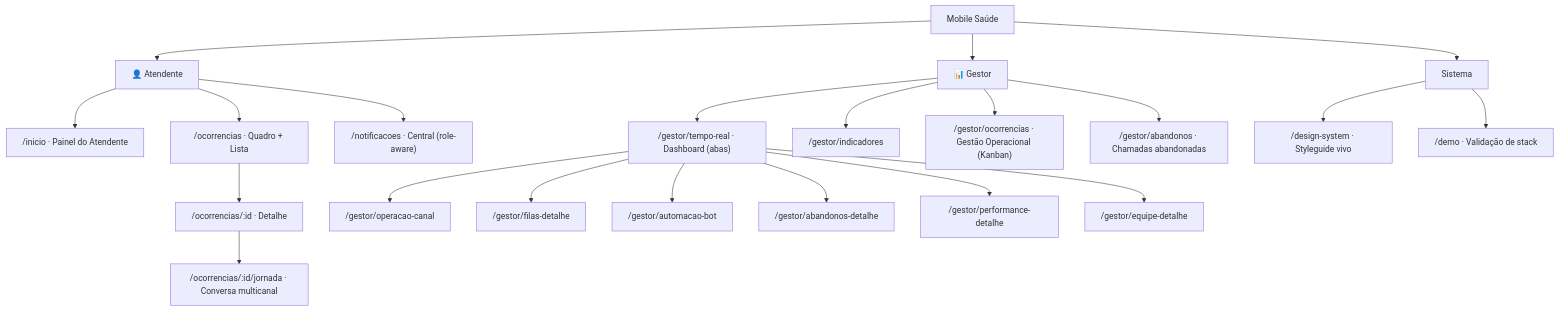
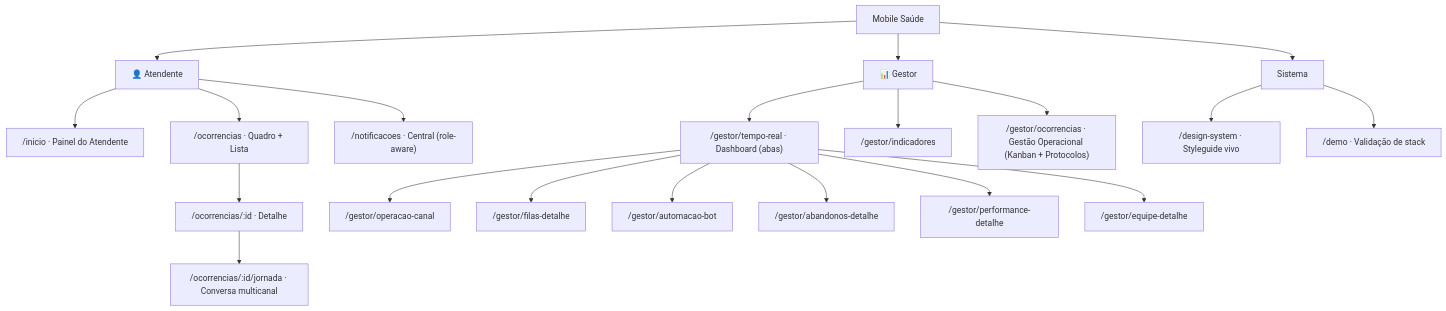
Before and after one commit to angelosdesigner/mobile-saude: the second of 10 diagrams in docs/PRODUTO-MOBILE-SAUDE.md, drawn with Mermaid. The commit also changed 23 other files, not shown here.

First line of the commit message:
feat(gestor): fechar navegação da Gestão Tempo Real (cards clicáveis + filas de abandono)

````diff
--- a/docs/PRODUTO-MOBILE-SAUDE.md
+++ b/docs/PRODUTO-MOBILE-SAUDE.md
@@ -227,26 +227,25 @@
 ```mermaid
 flowchart TD
   Root["Mobile Saúde"] --> ATD["👤 Atendente"]
   Root --> GES["📊 Gestor"]
   Root --> SYS["Sistema"]
 
   ATD --> Inicio["/inicio · Painel do Atendente"]
   ATD --> Ocs["/ocorrencias · Quadro + Lista"]
   Ocs --> Det["/ocorrencias/:id · Detalhe"]
   Det --> Jor["/ocorrencias/:id/jornada · Conversa multicanal"]
   ATD --> Not["/notificacoes · Central (role-aware)"]
 
   GES --> TR["/gestor/tempo-real · Dashboard (abas)"]
   TR --> OpC["/gestor/operacao-canal"]
   TR --> Fil["/gestor/filas-detalhe"]
   TR --> Bot["/gestor/automacao-bot"]
   TR --> Aba["/gestor/abandonos-detalhe"]
   TR --> Per["/gestor/performance-detalhe"]
   TR --> Equ["/gestor/equipe-detalhe"]
   GES --> Ind["/gestor/indicadores"]
-  GES --> GOc["/gestor/ocorrencias · Gestão Operacional (Kanban)"]
-  GES --> GAb["/gestor/abandonos · Chamadas abandonadas"]
+  GES --> GOc["/gestor/ocorrencias · Gestão Operacional (Kanban + Protocolos)"]
 
   SYS --> DS["/design-system · Styleguide vivo"]
   SYS --> Demo["/demo · Validação de stack"]
 ```
````
